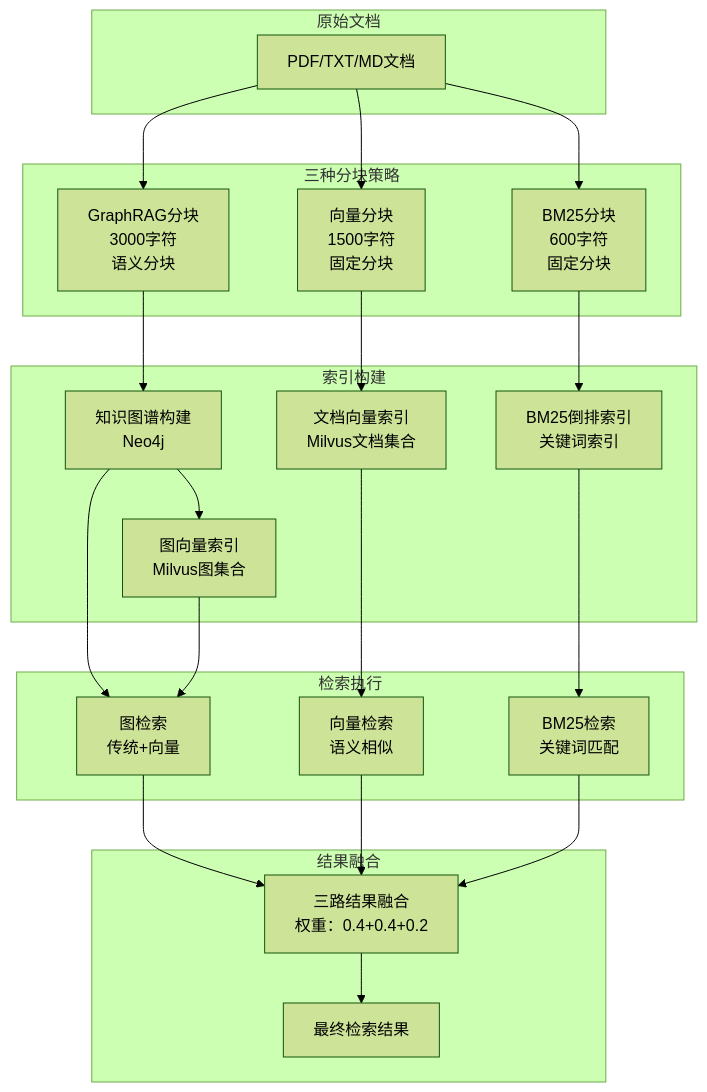
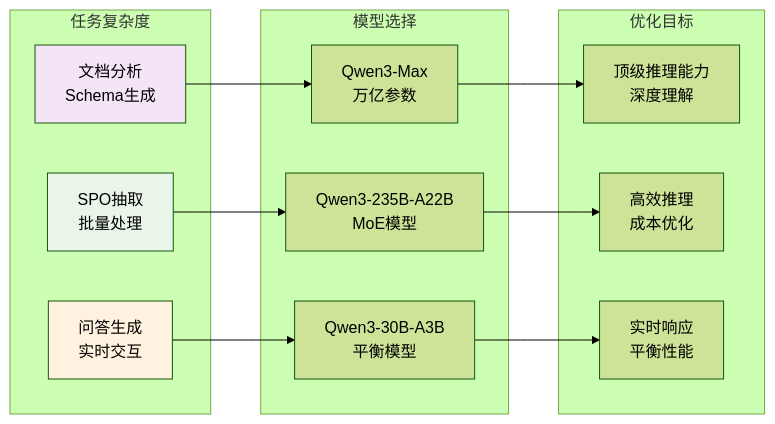
One commit to DemonDamon/AgenticX-GraphRAG changed the ninth of 12 diagrams in README.md. Above: the diagram before and after it, drawn with Mermaid (forest theme). The commit also changed other lines of this file, not shown here.

````diff
--- a/README.md
+++ b/README.md
@@ -1386,49 +323,32 @@
 ```mermaid
-graph TD
-    subgraph "原始文档"
-        A[PDF/TXT/MD文档]
+graph LR
+    subgraph "任务复杂度"
+        A[文档分析<br/>Schema生成]
+        B[SPO抽取<br/>批量处理]
+        C[问答生成<br/>实时交互]
     end
     
-    subgraph "三种分块策略"
-        B[GraphRAG分块<br/>3000字符<br/>语义分块]
-        C[向量分块<br/>1500字符<br/>固定分块]
-        D[BM25分块<br/>600字符<br/>固定分块]
+    subgraph "模型选择"
+        D[Qwen3-Max<br/>万亿参数]
+        E[Qwen3-235B-A22B<br/>MoE模型]
+        F[Qwen3-30B-A3B<br/>平衡模型]
     end
     
-    subgraph "索引构建"
-        E[知识图谱构建<br/>Neo4j]
-        F[文档向量索引<br/>Milvus文档集合]
-        G[BM25倒排索引<br/>关键词索引]
-        H[图向量索引<br/>Milvus图集合]
+    subgraph "优化目标"
+        G[顶级推理能力<br/>深度理解]
+        H[高效推理<br/>成本优化]
+        I[实时响应<br/>平衡性能]
     end
     
-    subgraph "检索执行"
-        I[图检索<br/>传统+向量]
-        J[向量检索<br/>语义相似]
-        K[BM25检索<br/>关键词匹配]
-    end
-    
-    subgraph "结果融合"
-        L[三路结果融合<br/>权重：0.4+0.4+0.2]
-        M[最终检索结果]
-    end
-    
-    A --> B
-    A --> C  
     A --> D
-    
     B --> E
     C --> F
+    
     D --> G
     E --> H
+    F --> I
     
-    E --> I
-    F --> J
-    G --> K
-    H --> I
-    
-    I --> L
-    J --> L
-    K --> L
-    L --> M
+    style A fill:#f3e5f5
+    style B fill:#e8f5e8
+    style C fill:#fff3e0
 ```
````
